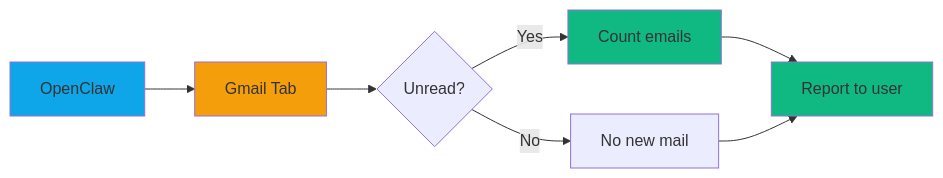
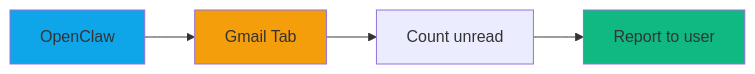
Before and after one commit to fanani-radian/openclaw-sumopod: the fifth of 8 diagrams in docs/use-cases/openclaw-313-live-chrome-attach.md, drawn with Mermaid. The commit also changed other lines of this file, not shown here.

First line of the commit message:
fix(live-chrome-attach): Fix Mermaid syntax + add Chrome 146+ requirement

````diff
--- a/docs/use-cases/openclaw-313-live-chrome-attach.md
+++ b/docs/use-cases/openclaw-313-live-chrome-attach.md
@@ -314,14 +316,10 @@
 ```mermaid
 flowchart LR
     A[OpenClaw] --> B[Gmail Tab]
-    B --> C{Unread?}
-    C -->|Yes| D[Count emails]
-    C -->|No| E[No new mail]
-    D --> F[Report to user]
-    E --> F
+    B --> C[Count unread]
+    C --> D[Report to user]
     
     style A fill:#0ea5e9
     style B fill:#f59e0b
     style D fill:#10b981
-    style F fill:#10b981
 ```
````
